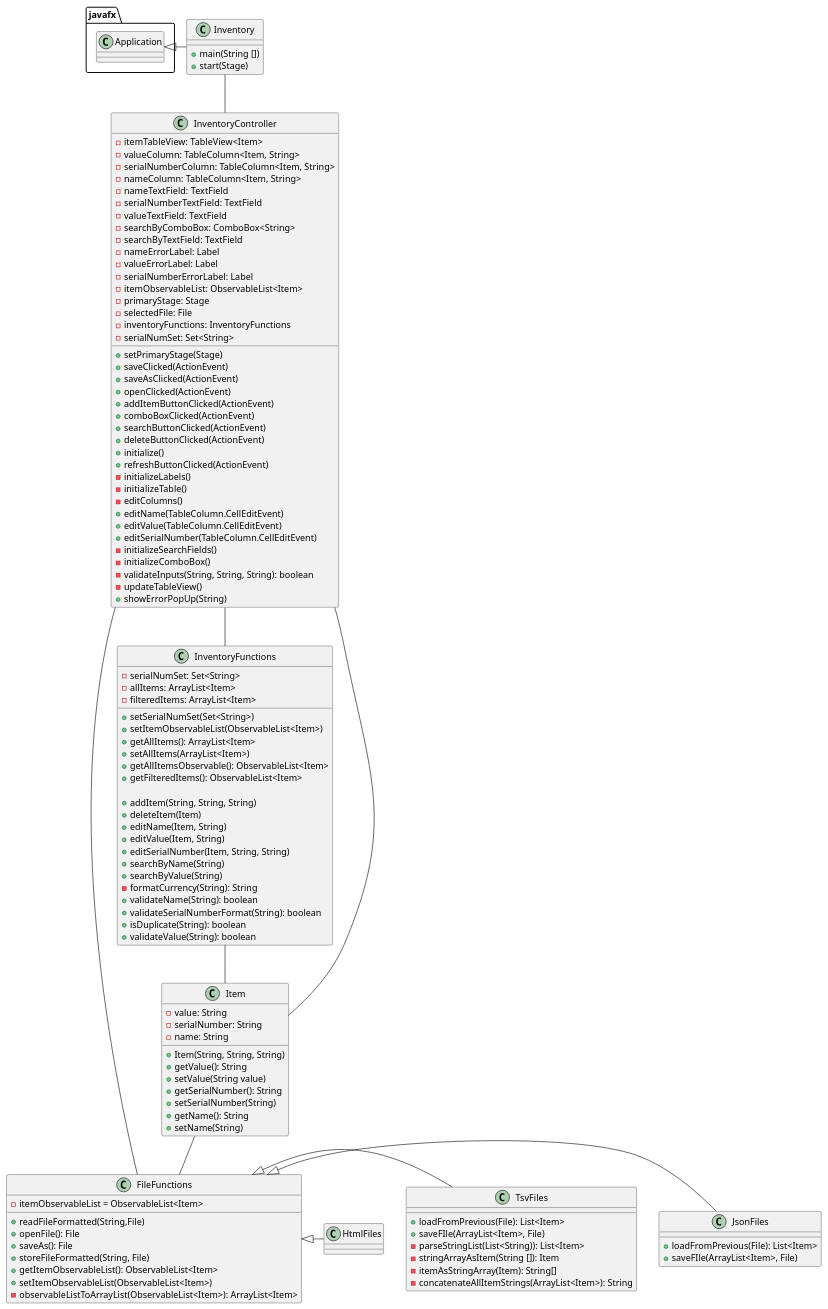
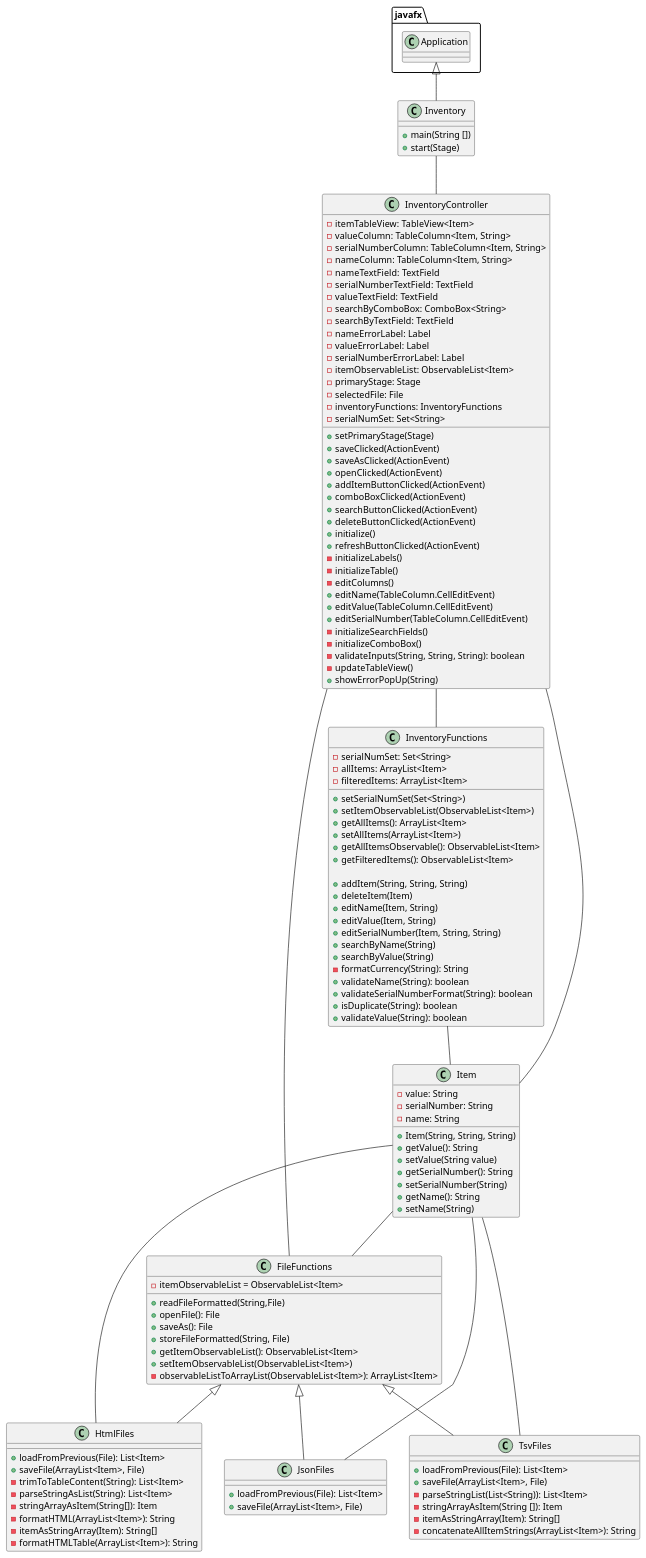
Before and after one commit to ivy-nguyen18/nguyen-6246-a5: the diagram in uml/InventoryApp.puml, drawn with PlantUML. The commit also changed 3 other files, not shown here.

Commit message:
plant uml updated

```diff
--- a/uml/InventoryApp.puml
+++ b/uml/InventoryApp.puml
@@ -1,133 +1,144 @@
 @startuml
 'https://plantuml.com/class-diagram
+
+class Inventory{
+    + main(String [])
+    + start(Stage)
+}
 
 class FileFunctions{
     - itemObservableList = ObservableList<Item>
     + readFileFormatted(String,File)
     + openFile(): File
     + saveAs(): File
     + storeFileFormatted(String, File)
     + getItemObservableList(): ObservableList<Item>
     + setItemObservableList(ObservableList<Item>)
     - observableListToArrayList(ObservableList<Item>): ArrayList<Item>
 }
 
 class JsonFiles{
     + loadFromPrevious(File): List<Item>
-    + saveFIle(ArrayList<Item>, File)
+    + saveFile(ArrayList<Item>, File)
 }
 
 class TsvFiles{
     + loadFromPrevious(File): List<Item>
-    + saveFIle(ArrayList<Item>, File)
+    + saveFile(ArrayList<Item>, File)
     - parseStringList(List<String)): List<Item>
     - stringArrayAsItem(String []): Item
     - itemAsStringArray(Item): String[]
     - concatenateAllItemStrings(ArrayList<Item>): String
 }
 
 class HtmlFiles{
-}
-
-class Inventory{
-    + main(String [])
-    + start(Stage)
+     + loadFromPrevious(File): List<Item>
+     + saveFile(ArrayList<Item>, File)
+     - trimToTableContent(String): List<Item>
+     - parseStringAsList(String): List<Item>
+     - stringArrayAsItem(String[]): Item
+     - formatHTML(ArrayList<Item>): String
+     - itemAsStringArray(Item): String[]
+     - formatHTMLTable(ArrayList<Item>): String
 }
 
 class InventoryController{
     - itemTableView: TableView<Item>
     - valueColumn: TableColumn<Item, String>
     - serialNumberColumn: TableColumn<Item, String>
     - nameColumn: TableColumn<Item, String>
     - nameTextField: TextField
     - serialNumberTextField: TextField
     - valueTextField: TextField
     - searchByComboBox: ComboBox<String>
     - searchByTextField: TextField
     - nameErrorLabel: Label
     - valueErrorLabel: Label
     - serialNumberErrorLabel: Label
     - itemObservableList: ObservableList<Item>
     - primaryStage: Stage
     - selectedFile: File
     - inventoryFunctions: InventoryFunctions
     - serialNumSet: Set<String>
 
 
     + setPrimaryStage(Stage)
     + saveClicked(ActionEvent)
     + saveAsClicked(ActionEvent)
     + openClicked(ActionEvent)
     + addItemButtonClicked(ActionEvent)
     + comboBoxClicked(ActionEvent)
     + searchButtonClicked(ActionEvent)
     + deleteButtonClicked(ActionEvent)
     + initialize()
     + refreshButtonClicked(ActionEvent)
     - initializeLabels()
     - initializeTable()
     - editColumns()
     + editName(TableColumn.CellEditEvent)
     + editValue(TableColumn.CellEditEvent)
     + editSerialNumber(TableColumn.CellEditEvent)
     - initializeSearchFields()
     - initializeComboBox()
     - validateInputs(String, String, String): boolean
     - updateTableView()
     + showErrorPopUp(String)
 }
 
 class InventoryFunctions{
     - serialNumSet: Set<String>
     - allItems: ArrayList<Item>
     - filteredItems: ArrayList<Item>
 
     + setSerialNumSet(Set<String>)
     + setItemObservableList(ObservableList<Item>)
     + getAllItems(): ArrayList<Item>
     + setAllItems(ArrayList<Item>)
     + getAllItemsObservable(): ObservableList<Item>
     + getFilteredItems(): ObservableList<Item>
 
     + addItem(String, String, String)
     + deleteItem(Item)
     + editName(Item, String)
     + editValue(Item, String)
     + editSerialNumber(Item, String, String)
     + searchByName(String)
     + searchByValue(String)
     - formatCurrency(String): String
     + validateName(String): boolean
     + validateSerialNumberFormat(String): boolean
     + isDuplicate(String): boolean
     + validateValue(String): boolean
 }
 
 class Item{
     - value: String
     - serialNumber: String
     - name: String
 
     + Item(String, String, String)
     + getValue(): String
     + setValue(String value)
     + getSerialNumber(): String
     + setSerialNumber(String)
     + getName(): String
     + setName(String)
 }
 
 
 
-javafx.Application <|- Inventory
+javafx.Application <|-- Inventory
 Inventory -- InventoryController
 InventoryController -- InventoryFunctions
 InventoryController -- Item
 InventoryFunctions -- Item
 FileFunctions -- InventoryController
 Item -- FileFunctions
-FileFunctions <|- JsonFiles
-FileFunctions <|- TsvFiles
-FileFunctions <|- HtmlFiles
+Item -- JsonFiles
+Item -- TsvFiles
+Item -- HtmlFiles
+FileFunctions <|-- JsonFiles
+FileFunctions <|-- TsvFiles
+FileFunctions <|-- HtmlFiles
 
 @enduml
```
